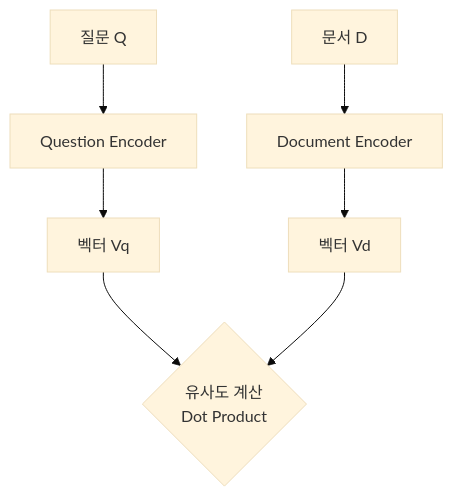
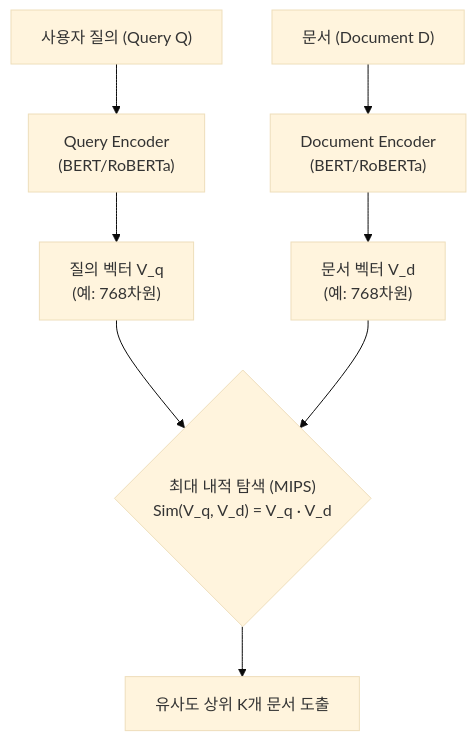
The second of 3 diagrams in content/study/Dense Sparse Embedding.md (Ricepunchb/Idsh-obsidian-garden), drawn with Mermaid (base theme) before and after one commit. The commit also changed other lines of this file and 3 other files, not shown here.

````diff
--- a/content/study/Dense Sparse Embedding.md
+++ b/content/study/Dense Sparse Embedding.md
@@ -49,6 +60,9 @@
 ```mermaid
-graph TD
-    Q[질문 Q] --> QE[Question Encoder] --> VQ[벡터 Vq]
-    D[문서 D] --> DE[Document Encoder] --> VD[벡터 Vd]
-    VQ & VD --> Sim{유사도 계산<br/>Dot Product}
+flowchart TD
+    Q["사용자 질의 (Query Q)"] --> QE["Query Encoder<br>(BERT/RoBERTa)"] --> VQ["질의 벡터 V_q<br>(예: 768차원)"]
+    D["문서 (Document D)"] --> DE["Document Encoder<br>(BERT/RoBERTa)"] --> VD["문서 벡터 V_d<br>(예: 768차원)"]
+    
+    VQ --> MIPS{"최대 내적 탐색 (MIPS)<br>Sim(V_q, V_d) = V_q · V_d"}
+    VD --> MIPS
+    MIPS --> R["유사도 상위 K개 문서 도출"]
 ```
````
